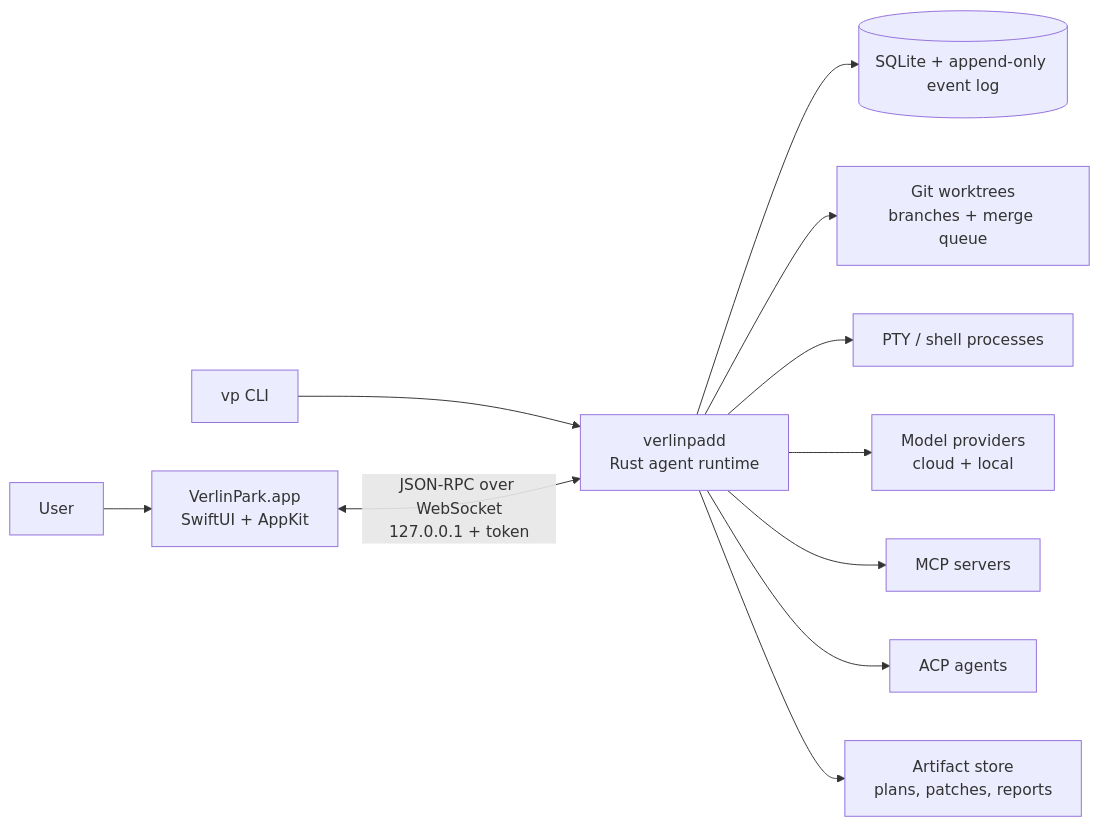
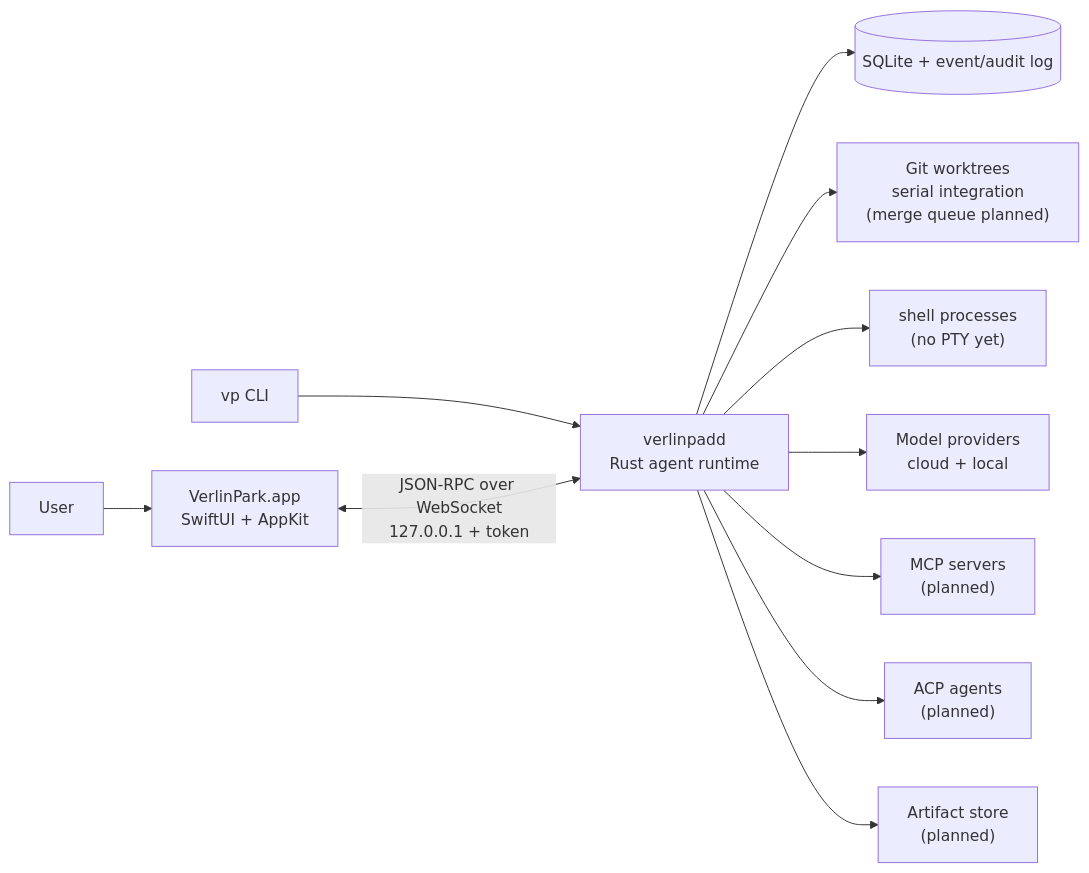
One commit to Verlintas/VerlinPark changed the diagram in README.md. Above: the diagram before and after it, drawn with Mermaid. The commit also changed other lines of this file and 18 other files, not shown here.

````diff
--- a/README.md
+++ b/README.md
@@ -74,13 +74,13 @@
 ```mermaid
 flowchart LR
   U[User] --> APP["VerlinPark.app<br/>SwiftUI + AppKit"]
   CLI["vp CLI"] --> CORE
   APP <-->|"JSON-RPC over WebSocket<br/>127.0.0.1 + token"| CORE["verlinpadd<br/>Rust agent runtime"]
-  CORE --> DB[("SQLite + append-only event log")]
-  CORE --> GIT["Git worktrees<br/>branches + merge queue"]
-  CORE --> PTY["PTY / shell processes"]
+  CORE --> DB[("SQLite + event/audit log")]
+  CORE --> GIT["Git worktrees<br/>serial integration<br/>(merge queue planned)"]
+  CORE --> PTY["shell processes<br/>(no PTY yet)"]
   CORE --> LLM["Model providers<br/>cloud + local"]
-  CORE --> MCP["MCP servers"]
-  CORE --> ACP["ACP agents"]
-  CORE --> ART["Artifact store<br/>plans, patches, reports"]
+  CORE --> MCP["MCP servers<br/>(planned)"]
+  CORE --> ACP["ACP agents<br/>(planned)"]
+  CORE --> ART["Artifact store<br/>(planned)"]
 ```
````
